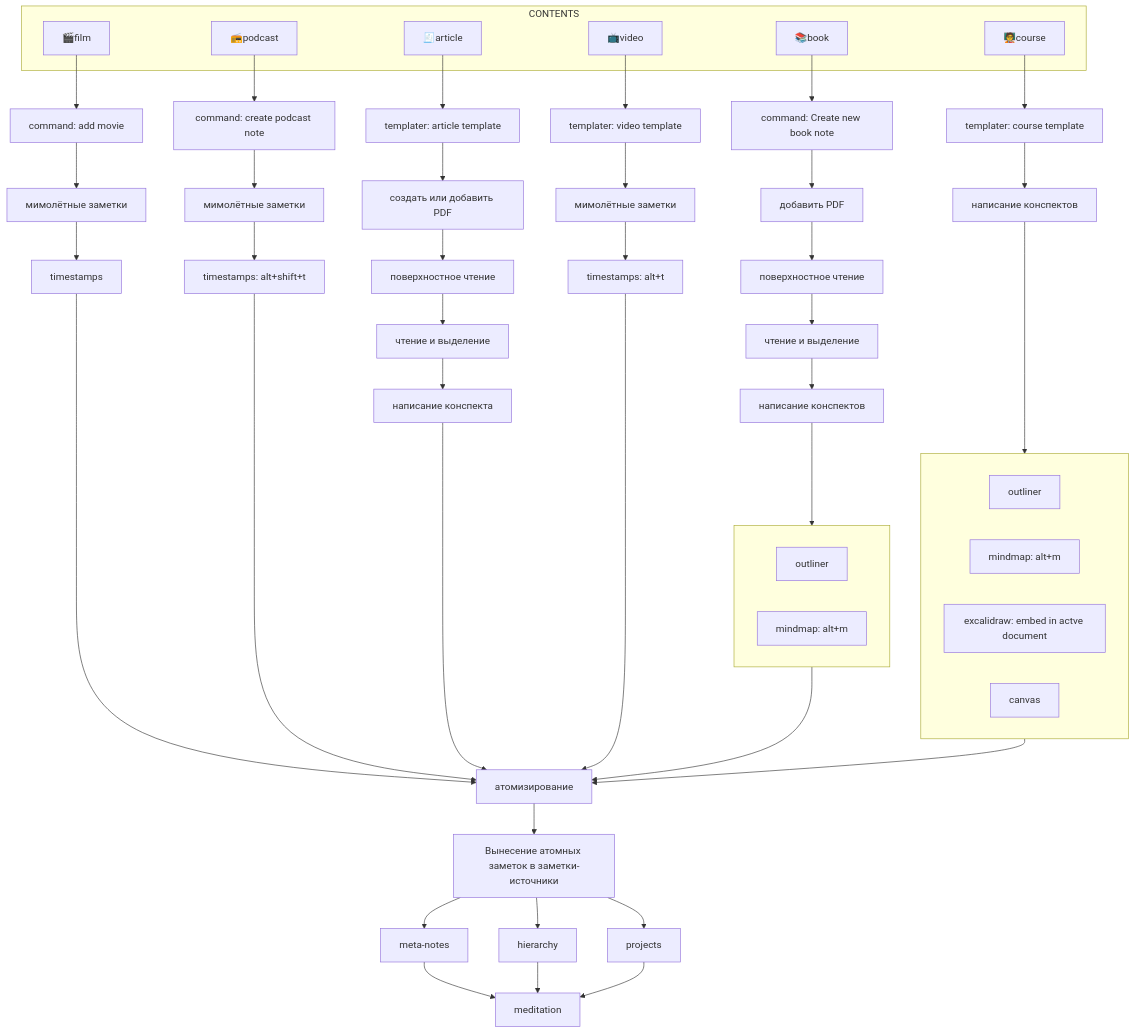
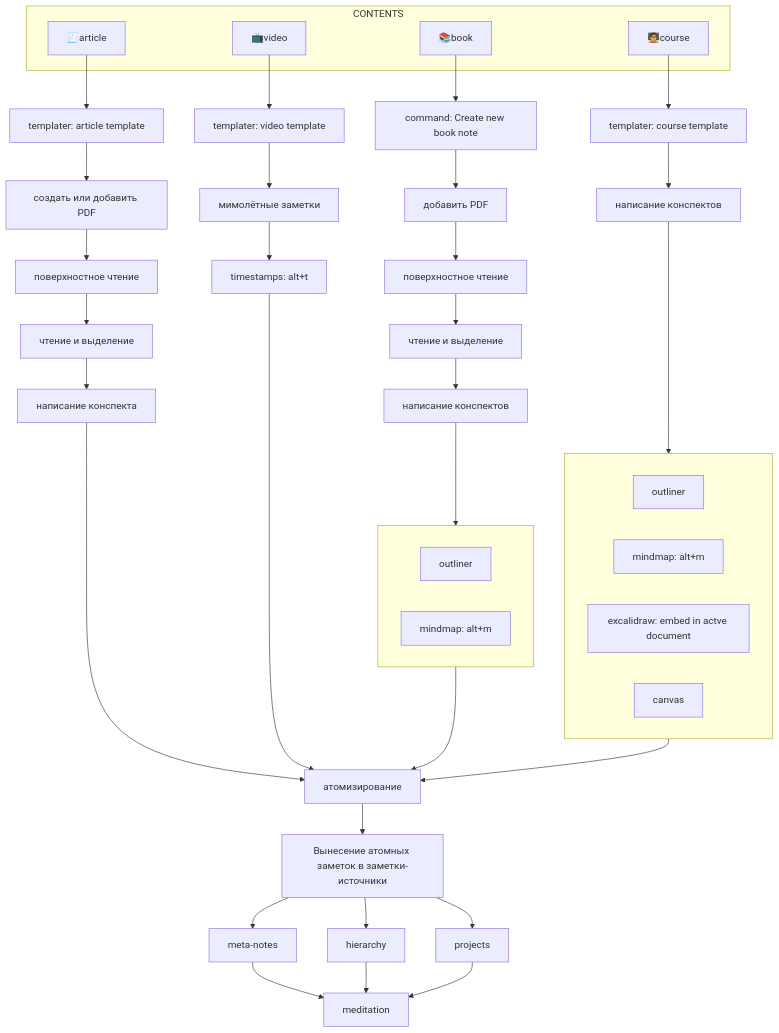
The diagram in Алгоритм работы с источниками.md (akarmanov2022/notes), drawn with Mermaid before and after one commit. The commit also changed 4 other files, not shown here.

````diff
--- a/Алгоритм работы с источниками.md
+++ b/Алгоритм работы с источниками.md
@@ -3,64 +3,52 @@
 ```mermaid
 flowchart TD
 
 	subgraph CONTENTS
 	    book["📚book"]
-	    film["🎬film"]
-	    podcast["📻podcast"] 
 	    article["🧾article"] 
 	    video["📺video"]
 	    course["🧑‍🏫course"]
 	end
 
 	book --> book1["command: Create new book note"]
 	book1 --> book2["добавить PDF"]
 	book2 --> book3["поверхностное чтение"]
 	book3 --> book4["чтение и выделение"]
 	book4 --> book5["написание конспектов"]
 	subgraph book6[" "]
 		direction LR
 		book61["outliner"]
 		book62["mindmap: alt+m"]
 	end
 	book5 --> book6 --> atom["атомизирование"]
-	
-	film --> film1["command: add movie"]
-	film1 --> film2["мимолётные заметки"]
-	film2 --> film3["timestamps"]
-	film3 --> atom["атомизирование"]
-
-	podcast --> podcast1["command: create podcast note"]
-	podcast1 --> podcast2["мимолётные заметки"]
-	podcast2 --> podcast3["timestamps: alt+shift+t"]
-	podcast3 --> atom
 
 	article --> article1["templater: article template"]
 	article1 --> article2["создать или добавить PDF"]
 	article2 --> article3["поверхностное чтение"]
 	article3 --> article4["чтение и выделение"]
 	article4 --> article5["написание конспекта"]
 	article5 --> atom
 
 	video --> video1["templater: video template"]
 	video1 --> video2["мимолётные заметки"]
 	video2 --> video3["timestamps: alt+t"]
 	video3 --> atom
 
 	course --> course1["templater: course template"]
 	course1 --> course2["написание конспектов"]
 	subgraph course3[" "]
 		direction LR
 		course31["outliner"]
 		course32["mindmap: alt+m"]
 		course33["excalidraw: embed in actve document"]
 		course34["canvas"]
 	end
 	course2 --> course3
 	course3 --> atom
 
 	atom --> source["Вынесение атомных заметок в заметки-источники"]
 	source --> meta-notes --> meditation
 	source --> hierarchy --> meditation
 	source --> projects --> meditation
 
 ```
````
